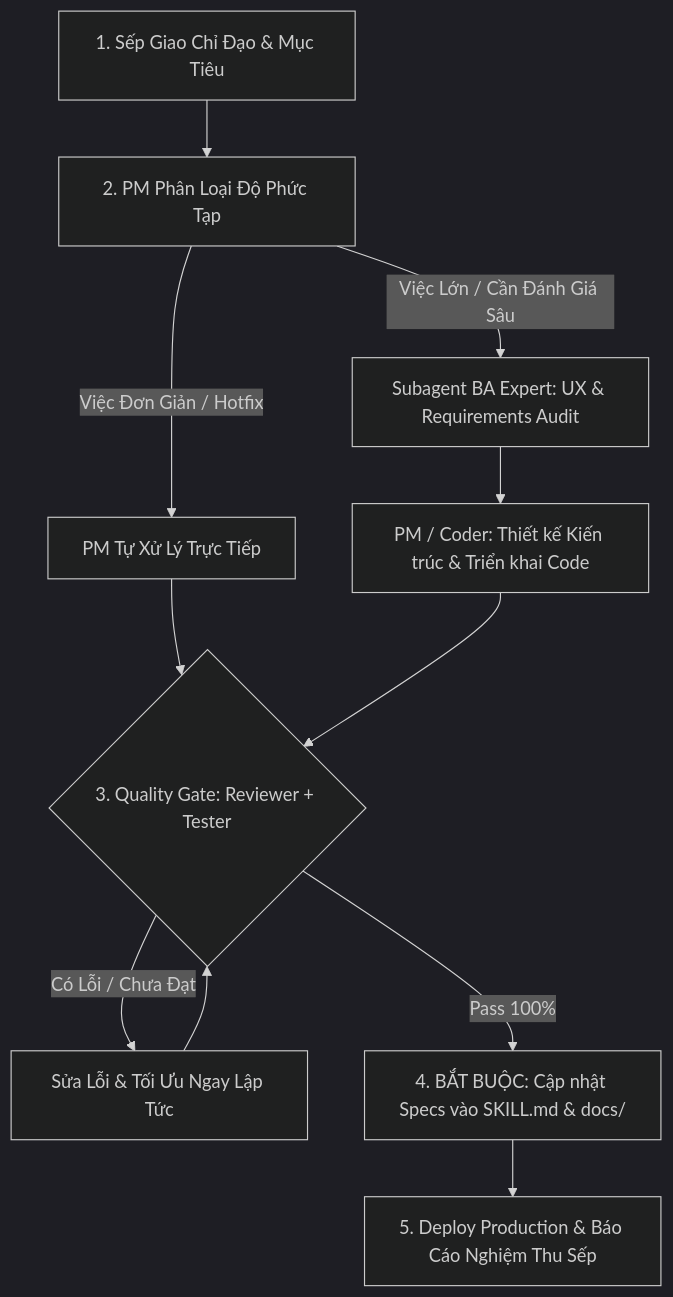
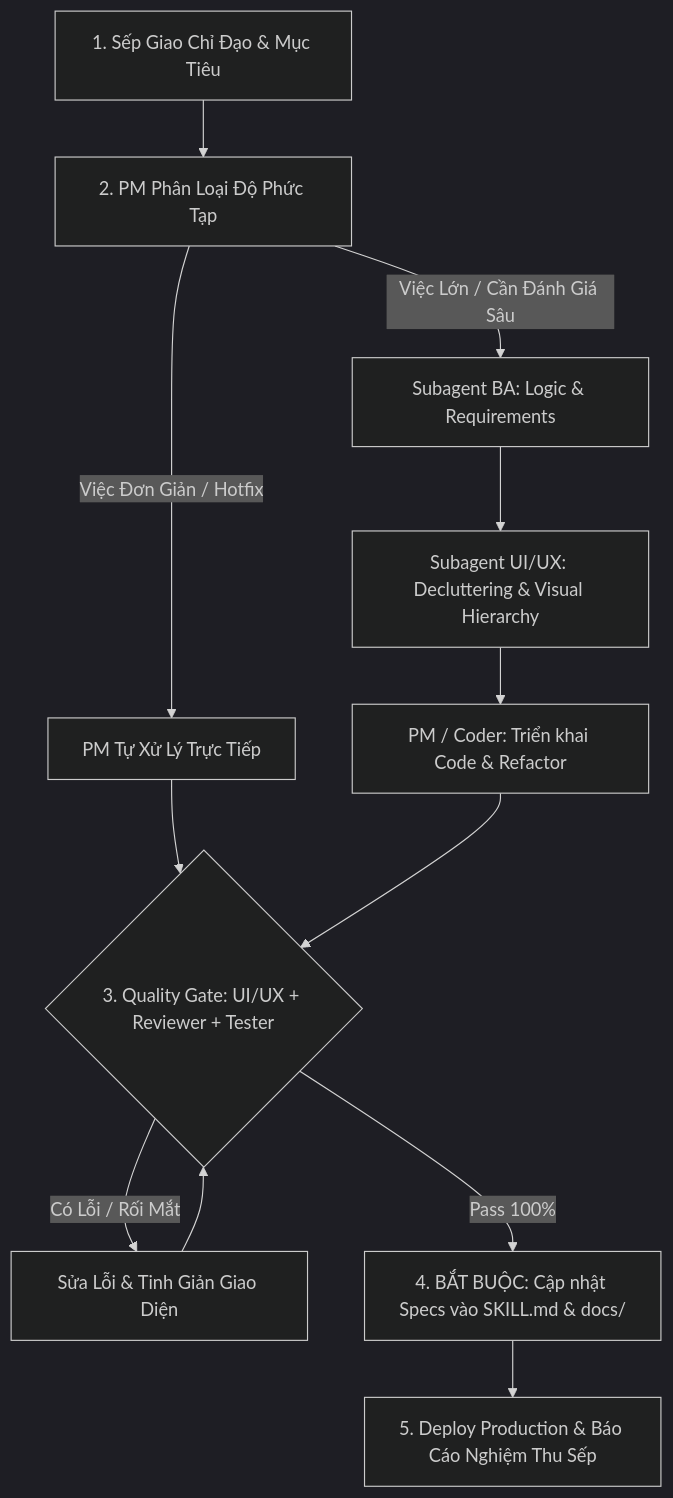
One commit to davidngo242/lifegraph changed the diagram in .agents/skills/full-dev-workflow/SKILL.md. Above: the diagram before and after it, drawn with Mermaid (dark theme). The commit also changed other lines of this file and 5 other files, not shown here.

````diff
--- a/.agents/skills/full-dev-workflow/SKILL.md
+++ b/.agents/skills/full-dev-workflow/SKILL.md
@@ -46,17 +47,18 @@
 ```mermaid
 flowchart TD
     Boss["1. Sếp Giao Chỉ Đạo & Mục Tiêu"] --> PM["2. PM Phân Loại Độ Phức Tạp"]
     
     PM -- "Việc Đơn Giản / Hotfix" --> DirectExec["PM Tự Xử Lý Trực Tiếp"]
-    PM -- "Việc Lớn / Cần Đánh Giá Sâu" --> BAPhase["Subagent BA Expert: UX & Requirements Audit"]
+    PM -- "Việc Lớn / Cần Đánh Giá Sâu" --> BAPhase["Subagent BA: Logic & Requirements"]
+    BAPhase --> UIUXPhase["Subagent UI/UX: Decluttering & Visual Hierarchy"]
     
-    BAPhase --> DevPhase["PM / Coder: Thiết kế Kiến trúc & Triển khai Code"]
+    UIUXPhase --> DevPhase["PM / Coder: Triển khai Code & Refactor"]
     DirectExec --> QualityGate
-    DevPhase --> QualityGate{"3. Quality Gate: Reviewer + Tester"}
+    DevPhase --> QualityGate{"3. Quality Gate: UI/UX + Reviewer + Tester"}
     
-    QualityGate -- "Có Lỗi / Chưa Đạt" --> FixLoop["Sửa Lỗi & Tối Ưu Ngay Lập Tức"]
+    QualityGate -- "Có Lỗi / Rối Mắt" --> FixLoop["Sửa Lỗi & Tinh Giản Giao Diện"]
     FixLoop --> QualityGate
     
     QualityGate -- "Pass 100%" --> DocPhase["4. BẮT BUỘC: Cập nhật Specs vào SKILL.md & docs/"]
     DocPhase --> ProductionDeploy["5. Deploy Production & Báo Cáo Nghiệm Thu Sếp"]
 ```
````
